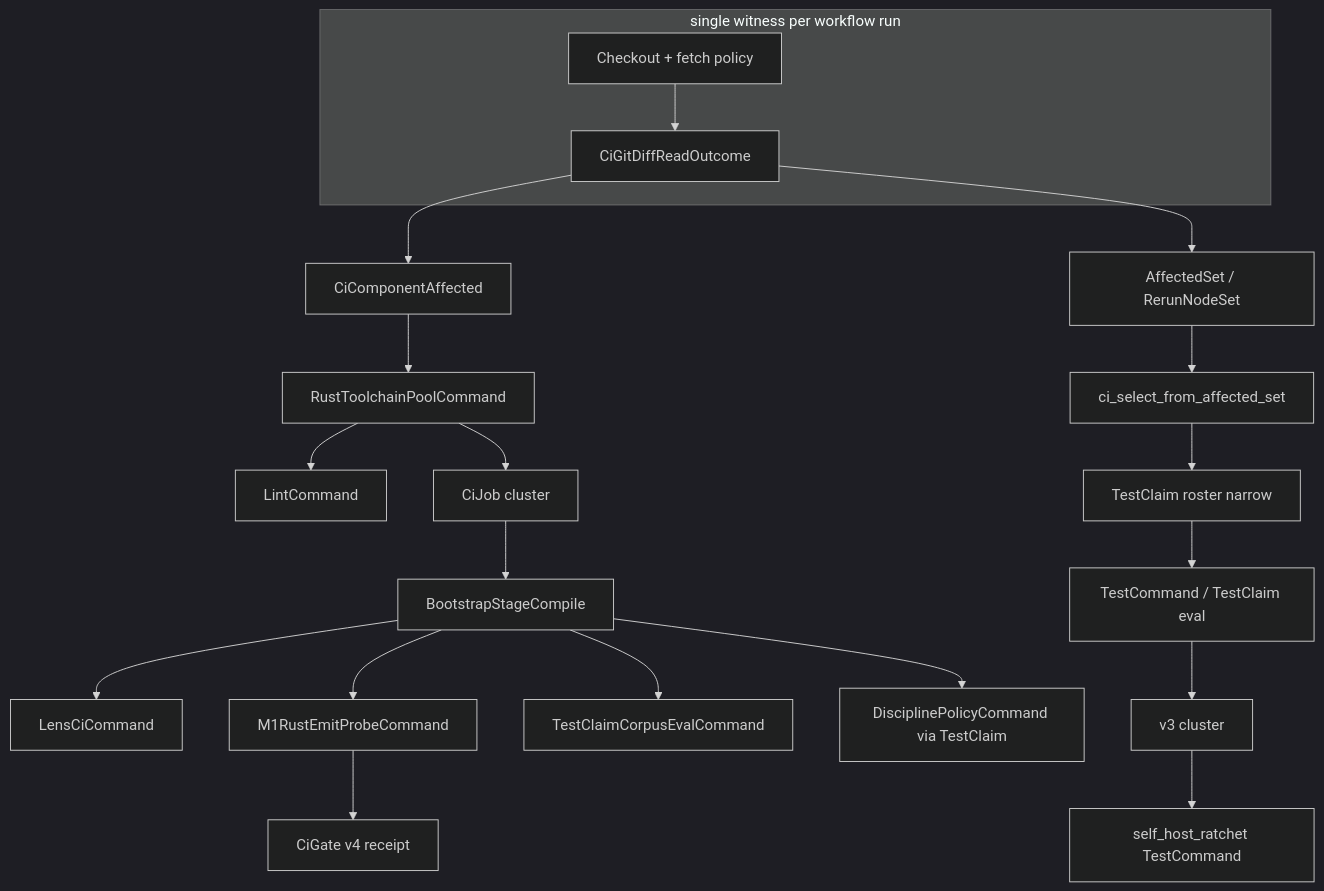
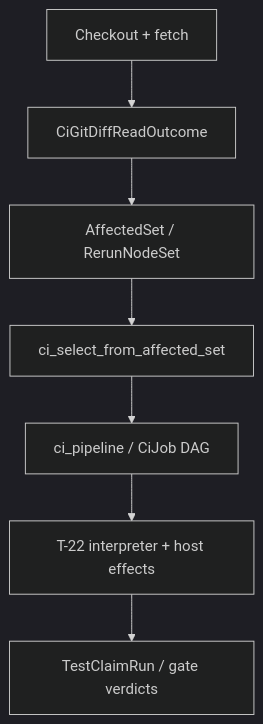
The diagram in docs/design-ci-dag-overhaul.md (gunb-ai/gunbc), drawn with Mermaid (dark theme) before and after one commit. The commit also changed other lines of this file, not shown here.

````diff
--- a/docs/design-ci-dag-overhaul.md
+++ b/docs/design-ci-dag-overhaul.md
@@ -96,30 +84,9 @@
 ```mermaid
 flowchart TB
-  subgraph witness [single witness per workflow run]
-    checkout[Checkout + fetch policy]
-    diff[CiGitDiffReadOutcome]
-    checkout --> diff
-  end
-
-  diff --> affected[CiComponentAffected]
+  checkout[Checkout + fetch] --> diff[CiGitDiffReadOutcome]
   diff --> frontier[AffectedSet / RerunNodeSet]
-
-  affected --> pool[RustToolchainPoolCommand]
   frontier --> select[ci_select_from_affected_set]
-
-  pool --> fmt[LintCommand]
-  pool --> ci_jobs[CiJob cluster]
-
-  select --> claims[TestClaim roster narrow]
-
-  ci_jobs --> boot[BootstrapStageCompile]
-  boot --> lens[LensCiCommand]
-  boot --> m1[M1RustEmitProbeCommand]
-  boot --> corpus[TestClaimCorpusEvalCommand]
-  boot --> disc[DisciplinePolicyCommand via TestClaim]
-
-  claims --> tests[TestCommand / TestClaim eval]
-  m1 --> v4gate[CiGate v4 receipt]
-  tests --> v3job[v3 cluster]
-  v3job --> ratchet[self_host_ratchet TestCommand]
+  select --> pipeline[ci_pipeline / CiJob DAG]
+  pipeline --> interp[T-22 interpreter + host effects]
+  interp --> verdicts[TestClaimRun / gate verdicts]
 ```
````
